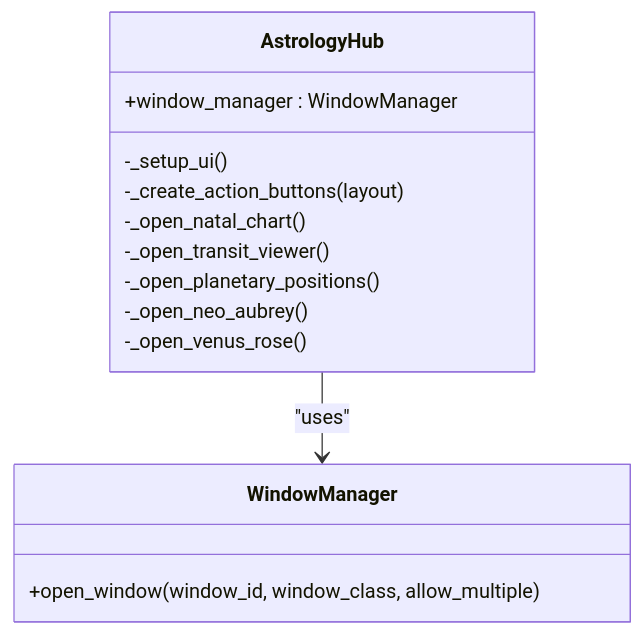
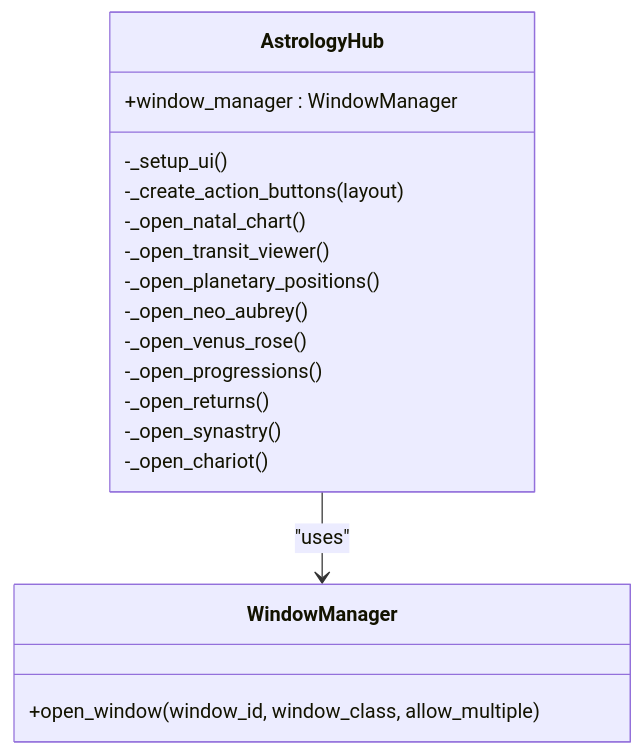
One commit to TheDaniel166/IsopGem changed the second of 18 diagrams in .qoder/repowiki/en/content/Architecture Overview/Pillar-Based Architecture/Astrology Pillar/Astrology Pillar.md. Above: the diagram before and after it, drawn with Mermaid. The commit also changed other lines of this file and 29 other files, not shown here.

````diff
--- a/.qoder/repowiki/en/content/Architecture Overview/Pillar-Based Architecture/Astrology Pillar/Astrology Pillar.md
+++ b/.qoder/repowiki/en/content/Architecture Overview/Pillar-Based Architecture/Astrology Pillar/Astrology Pillar.md
@@ -102,17 +155,21 @@
 ```mermaid
 classDiagram
 class AstrologyHub {
 +window_manager : WindowManager
 -_setup_ui()
 -_create_action_buttons(layout)
 -_open_natal_chart()
 -_open_transit_viewer()
 -_open_planetary_positions()
 -_open_neo_aubrey()
 -_open_venus_rose()
+-_open_progressions()
+-_open_returns()
+-_open_synastry()
+-_open_chariot()
 }
 class WindowManager {
 +open_window(window_id, window_class, allow_multiple)
 }
 AstrologyHub --> WindowManager : "uses"
 ```
````
